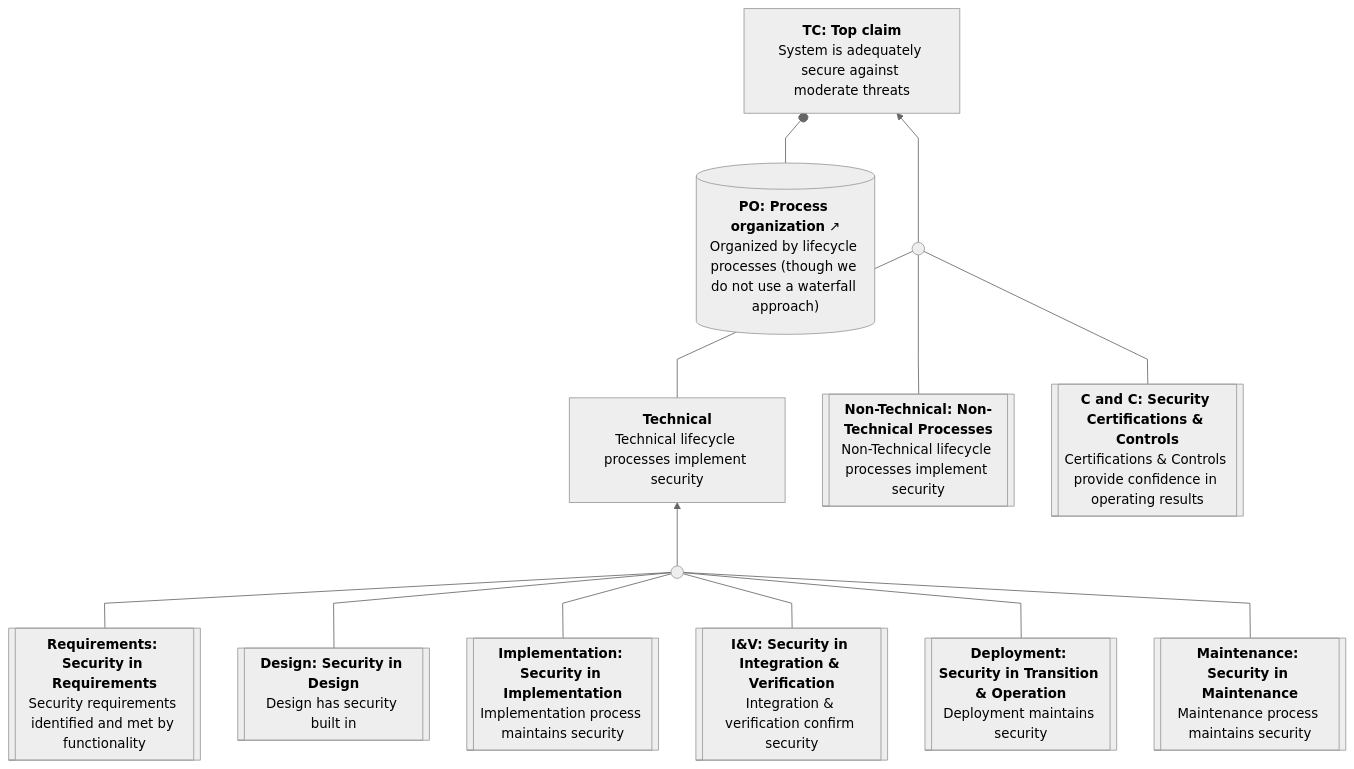
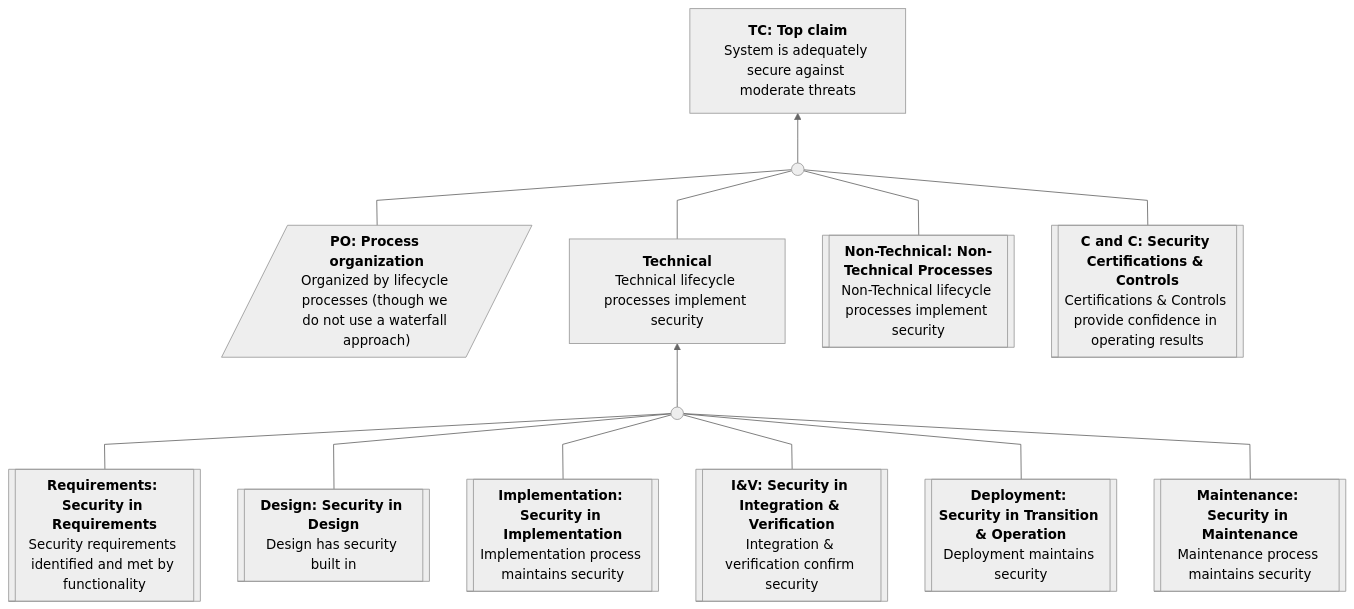
Diagram 21 of 21 in docs/sacm-mermaid.md (coreinfrastructure/best-practices-badge), drawn with Mermaid before and after one commit. The commit also changed other lines of this file, not shown here.

First line of the commit message:
Fix PO mapping: ArgumentReasoning feeding Inf1, not ArtifactReference context

````diff
--- a/docs/sacm-mermaid.md
+++ b/docs/sacm-mermaid.md
@@ -1274,39 +1275,39 @@
 ```mermaid
 ---
 config:
   theme: neutral
   flowchart:
     curve: linear
     htmlLabels: true
     rankSpacing: 60
     nodeSpacing: 45
     padding: 15
 ---
 flowchart BT
     TC["<b>TC: Top claim</b><br>System is adequately secure against moderate threats"]
-    PO[("<b>PO: Process organization</b> ↗<br>Organized by lifecycle processes (though we do not use a waterfall approach)")]
+    PO[/"<b>PO: Process organization</b><br>Organized by lifecycle processes (though we do not use a waterfall approach)"/]
     Tech["<b>Technical</b><br>Technical lifecycle processes implement security"]
     NonTech[["<b>Non-Technical: Non-Technical Processes</b><br>Non-Technical lifecycle processes implement security"]]
     CC[["<b>C and C: Security Certifications & Controls</b><br>Certifications & Controls provide confidence in operating results"]]
     Req[["<b>Requirements: Security in Requirements</b><br>Security requirements identified and met by functionality"]]
     Des[["<b>Design: Security in Design</b><br>Design has security built in"]]
     Impl[["<b>Implementation: Security in Implementation</b><br>Implementation process maintains security"]]
     IV[["<b>I&V: Security in Integration & Verification</b><br>Integration & verification confirm security"]]
     Dep[["<b>Deployment: Security in Transition & Operation</b><br>Deployment maintains security"]]
     Maint[["<b>Maintenance: Security in Maintenance</b><br>Maintenance process maintains security"]]
     Inf1((" "))
     Inf2((" "))
 
-    PO --o TC
+    PO --- Inf1
     Tech --- Inf1
     NonTech --- Inf1
     CC --- Inf1
     Inf1 --> TC
     Req --- Inf2
     Des --- Inf2
     Impl --- Inf2
     IV --- Inf2
     Dep --- Inf2
     Maint --- Inf2
     Inf2 --> Tech
 ```
````
